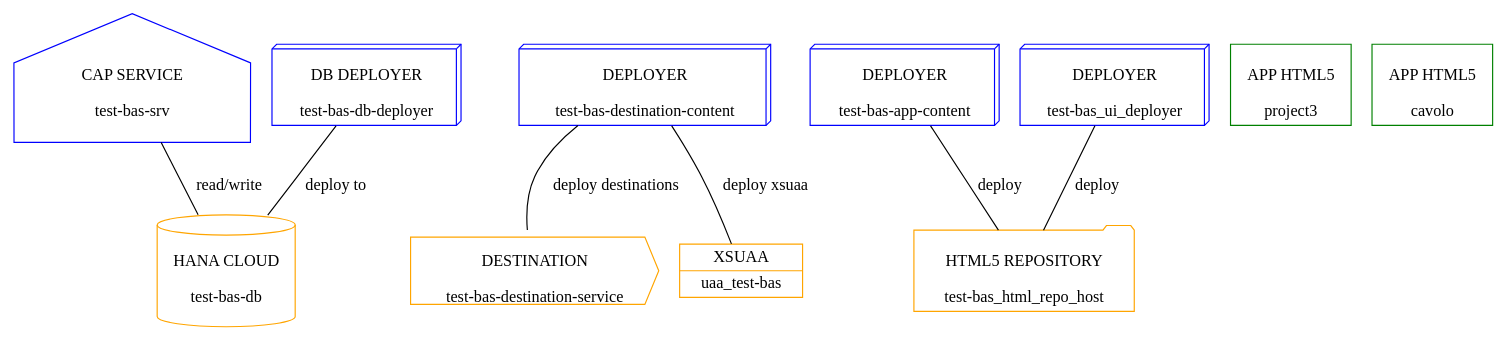
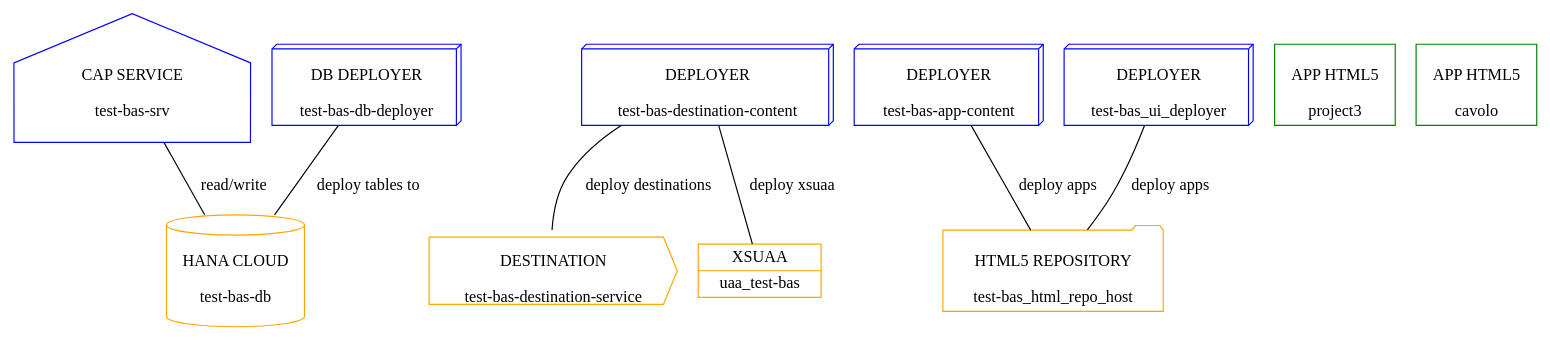
One commit to sbarzaghialteaup/mta-visual-dep changed the diagram in test.dot. Above: the diagram before and after it, drawn with Graphviz. The commit also changed 3 other files, not shown here.

```diff
--- a/test.dot
+++ b/test.dot
@@ -1,19 +1,19 @@
 graph MTA {
   "test-bas-srv" [ label = "\nCAP SERVICE\n\ntest-bas-srv", shape =house, color = "blue" ];
   "test-bas-db" [ label = "\nHANA CLOUD\n\ntest-bas-db", shape =cylinder, color = "orange" ];
   "test-bas-db-deployer" [ label = "\nDB DEPLOYER\n\ntest-bas-db-deployer", shape =box3d, color = "blue" ];
   "test-bas-destination-content" [ label = "\nDEPLOYER\n\ntest-bas-destination-content", shape =box3d, color = "blue" ];
   "test-bas-destination-service" [ label = "\nDESTINATION\n\ntest-bas-destination-service", shape =cds, color = "orange" ];
   "uaa_test-bas" [ label = "{XSUAA|uaa_test-bas}", shape =record, color = "orange" ];
   "test-bas-app-content" [ label = "\nDEPLOYER\n\ntest-bas-app-content", shape =box3d, color = "blue" ];
   "test-bas_html_repo_host" [ label = "\nHTML5 REPOSITORY\n\ntest-bas_html_repo_host", shape =folder, color = "orange" ];
   "project3" [ label = "\nAPP HTML5\n\nproject3", shape =rect, color = "green" ];
   "test-bas_ui_deployer" [ label = "\nDEPLOYER\n\ntest-bas_ui_deployer", shape =box3d, color = "blue" ];
   "cavolo" [ label = "\nAPP HTML5\n\ncavolo", shape =rect, color = "green" ];
   "test-bas-srv" -- "test-bas-db" [ label = "read/write" ];
-  "test-bas-db-deployer" -- "test-bas-db" [ label = "deploy to" ];
+  "test-bas-db-deployer" -- "test-bas-db" [ label = "deploy tables to" ];
   "test-bas-destination-content" -- "test-bas-destination-service" [ label = "deploy destinations" ];
   "test-bas-destination-content" -- "uaa_test-bas" [ label = "deploy xsuaa" ];
-  "test-bas-app-content" -- "test-bas_html_repo_host" [ label = "deploy" ];
-  "test-bas_ui_deployer" -- "test-bas_html_repo_host" [ label = "deploy" ];
+  "test-bas-app-content" -- "test-bas_html_repo_host" [ label = "deploy apps" ];
+  "test-bas_ui_deployer" -- "test-bas_html_repo_host" [ label = "deploy apps" ];
 }
```
